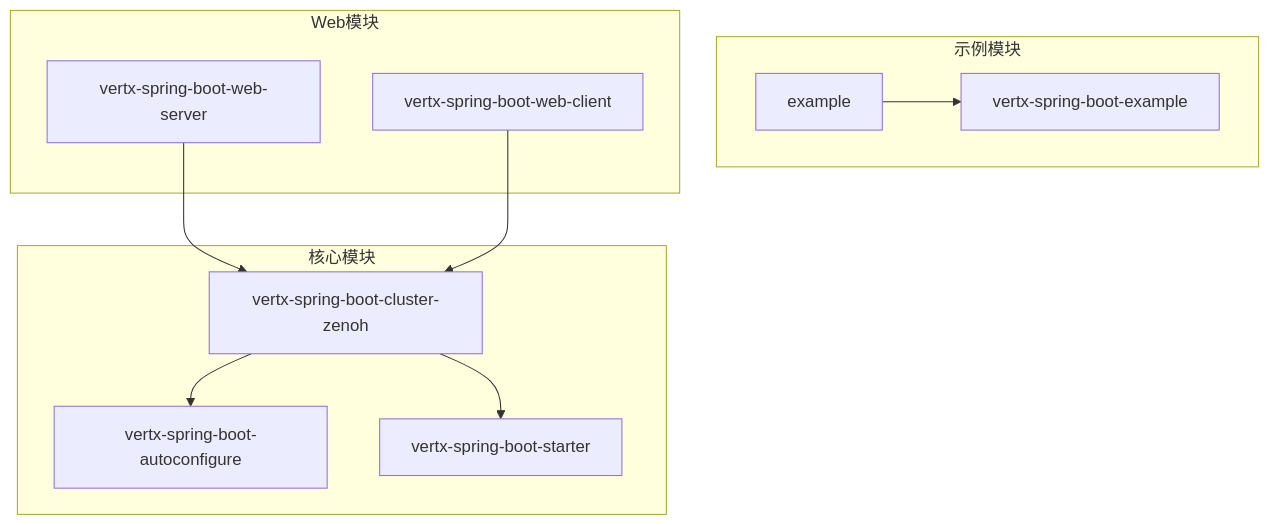
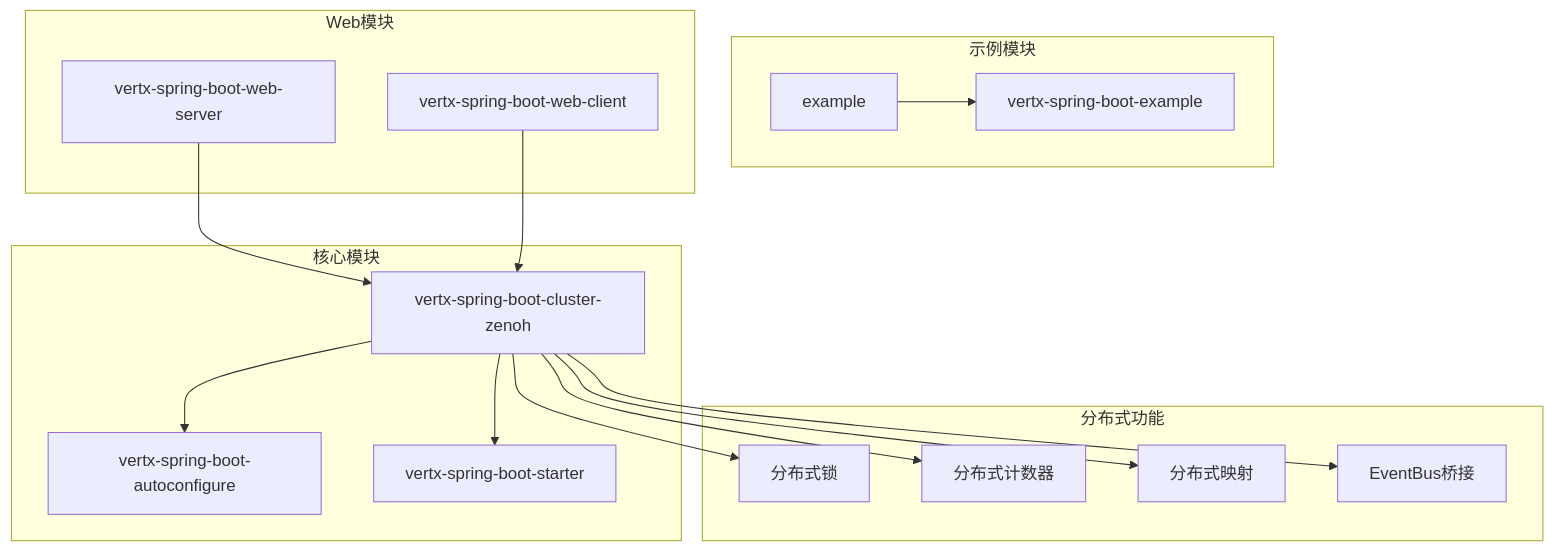
The first of 19 diagrams in .qoder/repowiki/zh/content/分布式功能实现.md (ossworker/vertx-starter), drawn with Mermaid before and after one commit. The commit also changed other lines of this file and 7 other files, not shown here.

````diff
--- a/.qoder/repowiki/zh/content/分布式功能实现.md
+++ b/.qoder/repowiki/zh/content/分布式功能实现.md
@@ -38,21 +53,31 @@
 ```mermaid
 graph TB
 subgraph "核心模块"
 A[vertx-spring-boot-cluster-zenoh]
 B[vertx-spring-boot-autoconfigure]
 C[vertx-spring-boot-starter]
 end
 subgraph "示例模块"
 D[example]
 E[vertx-spring-boot-example]
 end
 subgraph "Web模块"
 F[vertx-spring-boot-web-server]
 G[vertx-spring-boot-web-client]
 end
+subgraph "分布式功能"
+H[分布式锁]
+I[分布式计数器]
+J[分布式映射]
+K[EventBus桥接]
+end
 A --> B
 A --> C
 D --> E
 F --> A
 G --> A
+A --> H
+A --> I
+A --> J
+A --> K
 ```
````
